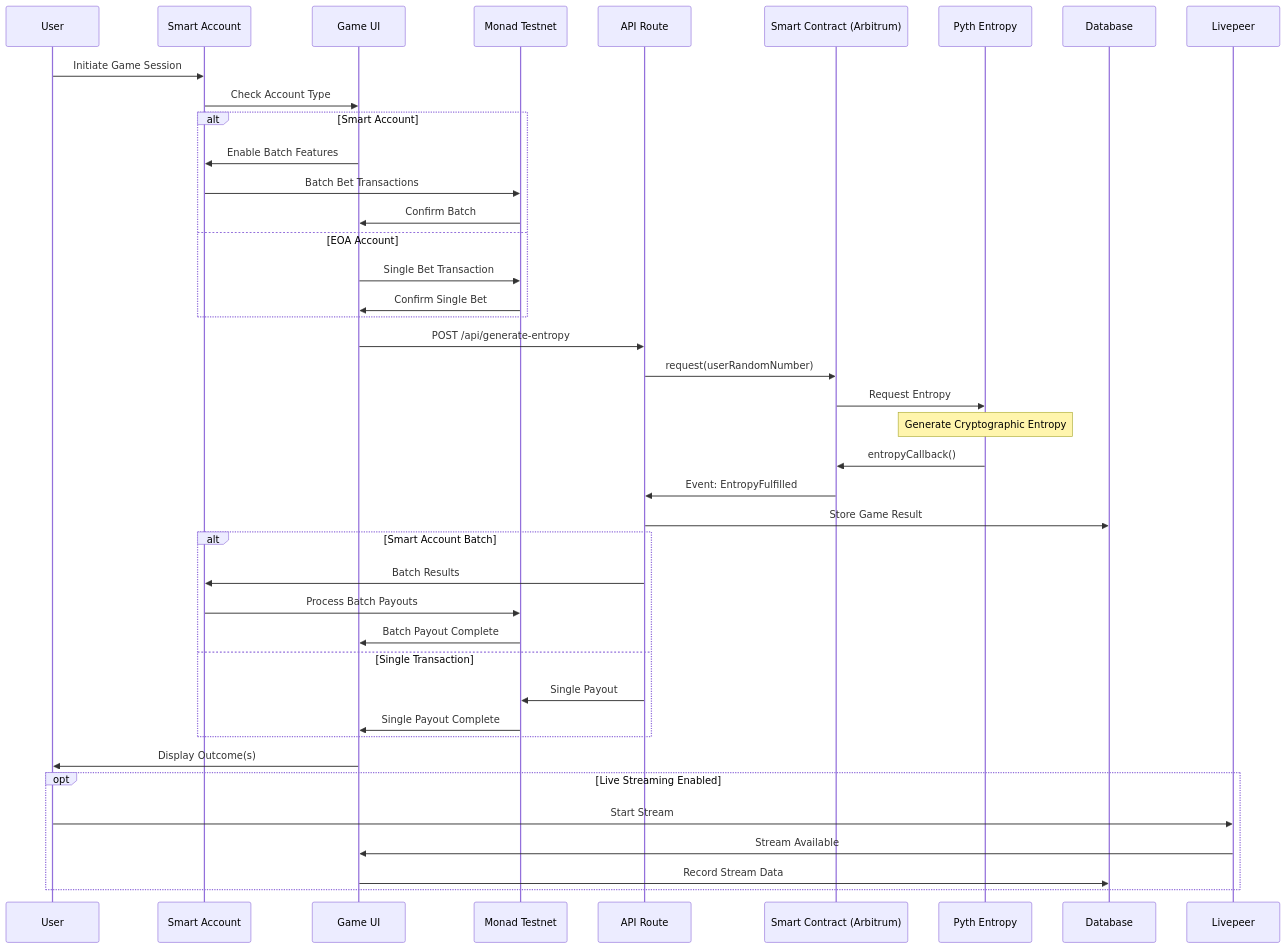
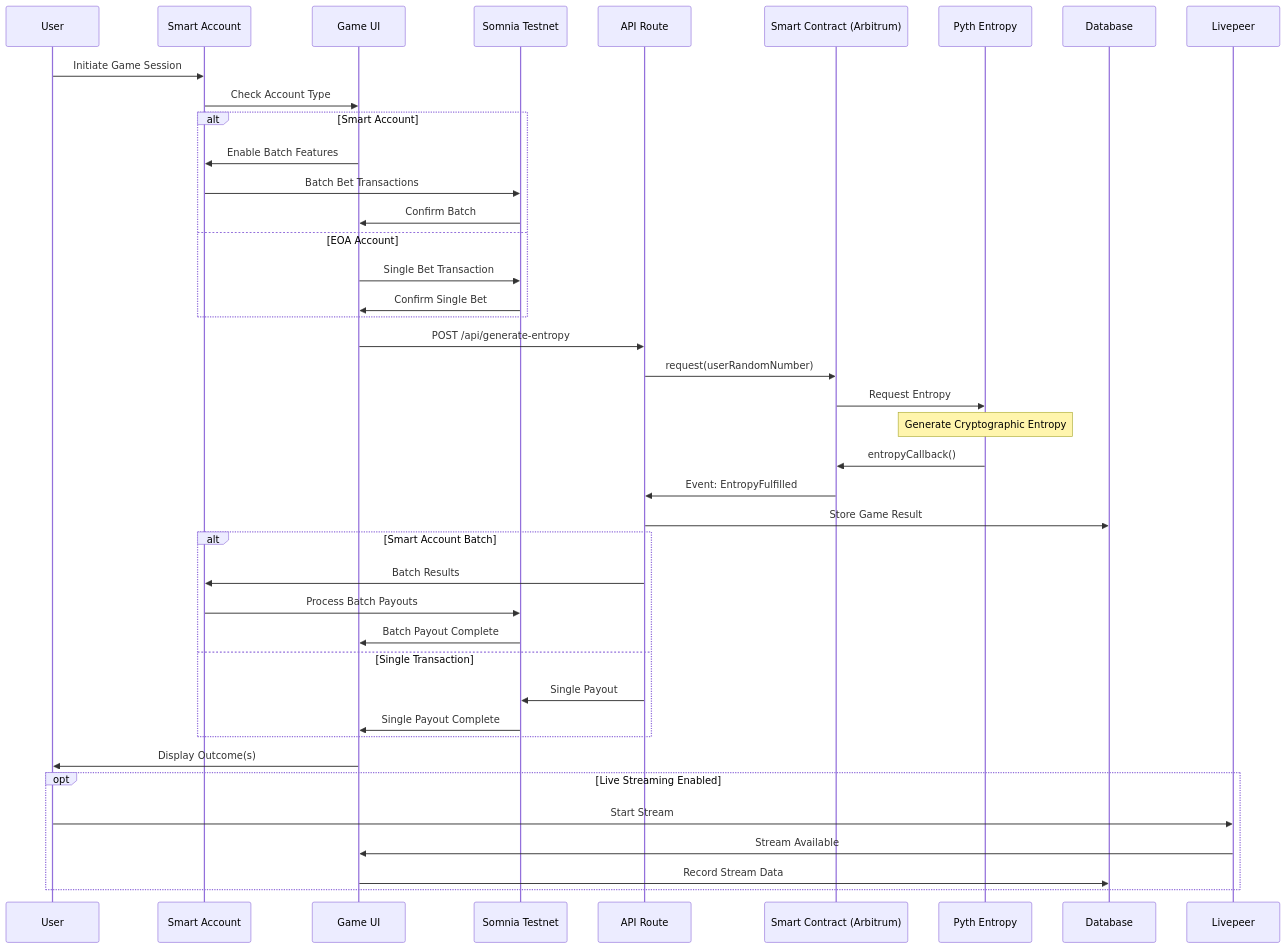
The sixth of 9 diagrams in README.md (AmaanSayyad/APT-Casino-Somnia), drawn with Mermaid before and after one commit. The commit also changed other lines of this file and 80 other files, not shown here.

````diff
--- a/README.md
+++ b/README.md
@@ -380,51 +380,51 @@
 ```mermaid
 sequenceDiagram
     participant U as User
     participant SA as Smart Account
     participant UI as Game UI
-    participant MT as Monad Testnet
+    participant MT as Somnia Testnet
     participant API as API Route
     participant SC as Smart Contract (Arbitrum)
     participant PE as Pyth Entropy
     participant DB as Database
     participant LP as Livepeer
     
     U->>SA: Initiate Game Session
     SA->>UI: Check Account Type
     
     alt Smart Account
         UI->>SA: Enable Batch Features
         SA->>MT: Batch Bet Transactions
         MT->>UI: Confirm Batch
     else EOA Account
         UI->>MT: Single Bet Transaction
         MT->>UI: Confirm Single Bet
     end
     
     UI->>API: POST /api/generate-entropy
     API->>SC: request(userRandomNumber)
     SC->>PE: Request Entropy
     
     Note over PE: Generate Cryptographic Entropy
     
     PE->>SC: entropyCallback()
     SC->>API: Event: EntropyFulfilled
     API->>DB: Store Game Result
     
     alt Smart Account Batch
         API->>SA: Batch Results
         SA->>MT: Process Batch Payouts
         MT->>UI: Batch Payout Complete
     else Single Transaction
         API->>MT: Single Payout
         MT->>UI: Single Payout Complete
     end
     
     UI->>U: Display Outcome(s)
     
     opt Live Streaming Enabled
         U->>LP: Start Stream
         LP->>UI: Stream Available
         UI->>DB: Record Stream Data
     end
 ```
````
